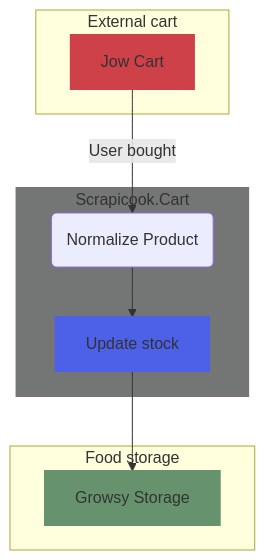
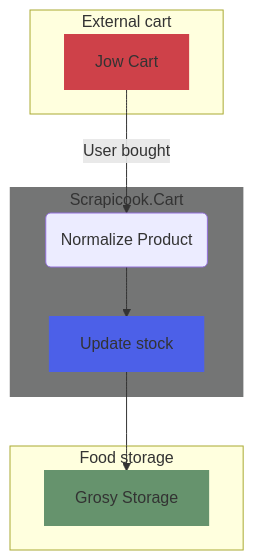
One commit to vincentbattez/Scrapicook changed the fourth of 5 diagrams in readme.md. Above: the diagram before and after it, drawn with Mermaid. The commit also changed other lines of this file and 39 other files, not shown here.

````diff
--- a/readme.md
+++ b/readme.md
@@ -154,27 +154,27 @@
 ```mermaid
 graph TD
     %% colors
     style JOW_CART fill:#CE4149,stroke:#CE4149,stroke-width:2px
     style UPDATE fill:#4C60E8,stroke:#4C60E8,stroke-width:2px
     style Scrapicook.Cart fill:#747575,stroke:#747575,stroke-width:2px
 
     style GSY_STOCK fill:#66936D,stroke:#66936D,stroke-width:2px
 
     %% subgraph
     subgraph Scrapicook.Cart
         NORMALIZE(Normalize Product)
         UPDATE[Update stock]
     end
     
     subgraph External cart
         JOW_CART[Jow Cart]
     end
 
     subgraph Food storage
-        GSY_STOCK[Growsy Storage]
+        GSY_STOCK[Grosy Storage]
     end
 
     JOW_CART -->|User bought| NORMALIZE
     NORMALIZE --> UPDATE
     UPDATE --> GSY_STOCK
 ```
````
